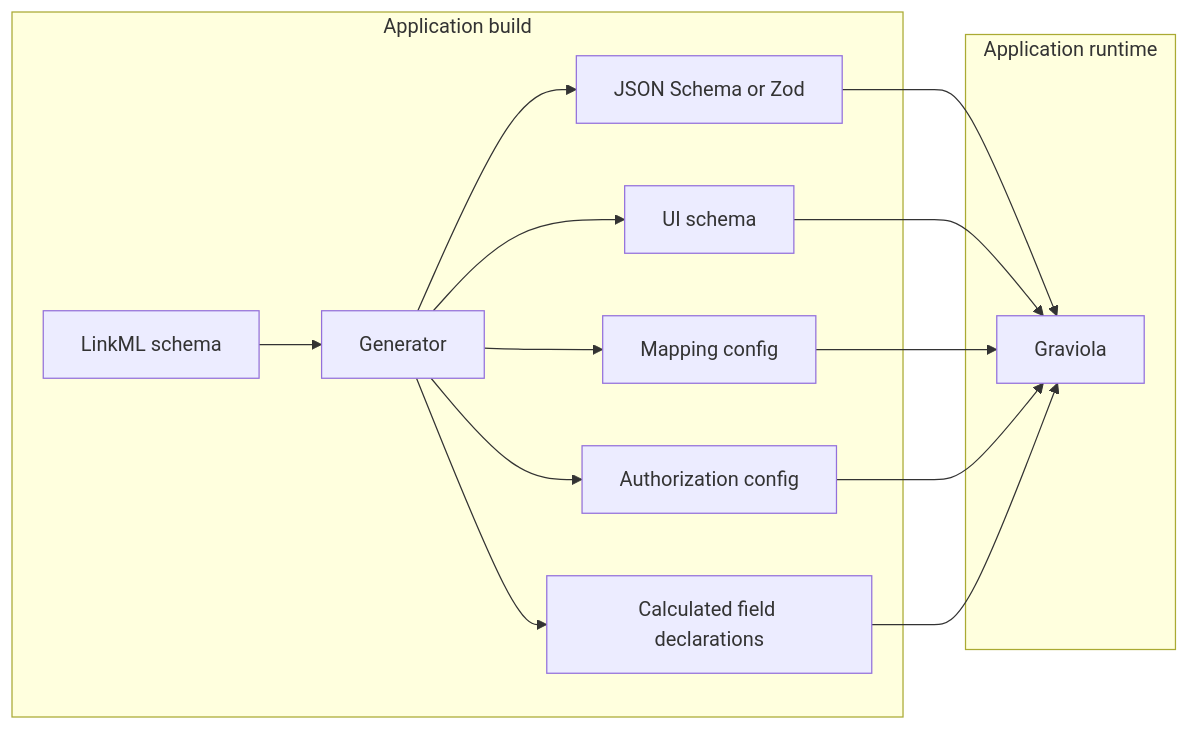
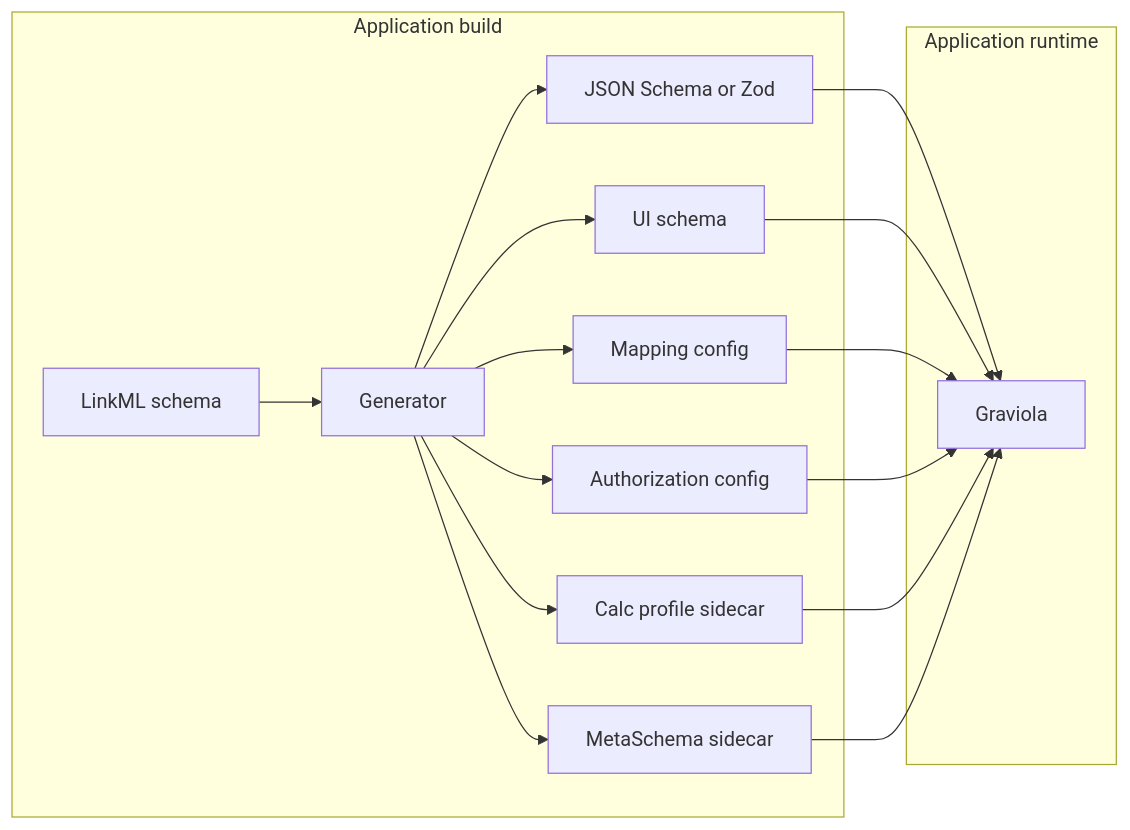
Before and after one commit to gravio-la/graviola-concept-documentation: the diagram in src/linkml-authoring.md, drawn with Mermaid. The commit also changed other lines of this file and 1 other file, not shown here.

First line of the commit message:
Integrate sidecar and calc authoring into LinkML chapter and open questions.

````diff
--- a/src/linkml-authoring.md
+++ b/src/linkml-authoring.md
@@ -52,28 +54,31 @@
 ```mermaid
 flowchart LR
     subgraph buildLayer [Application build]
         LK["LinkML schema"]
         M["Generator"]
         JS["JSON Schema or Zod"]
         UI["UI schema"]
         MC["Mapping config"]
         AC["Authorization config"]
-        CC["Calculated field declarations"]
+        CC["Calc profile sidecar"]
+        MS["MetaSchema sidecar"]
     end
 
     subgraph runtimeLayer [Application runtime]
         APP["Graviola"]
     end
 
     LK --> M
     M --> JS
     M --> UI
     M --> MC
     M --> AC
     M --> CC
+    M --> MS
     JS --> APP
     UI --> APP
     MC --> APP
     AC --> APP
     CC --> APP
+    MS --> APP
 ```
````
